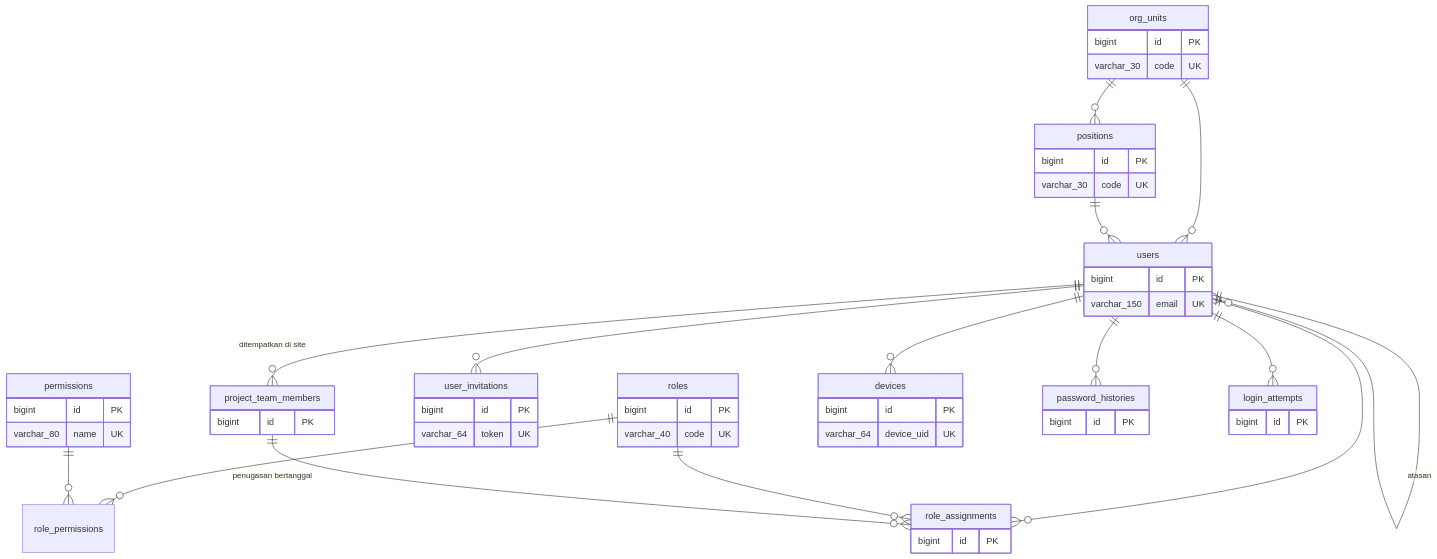
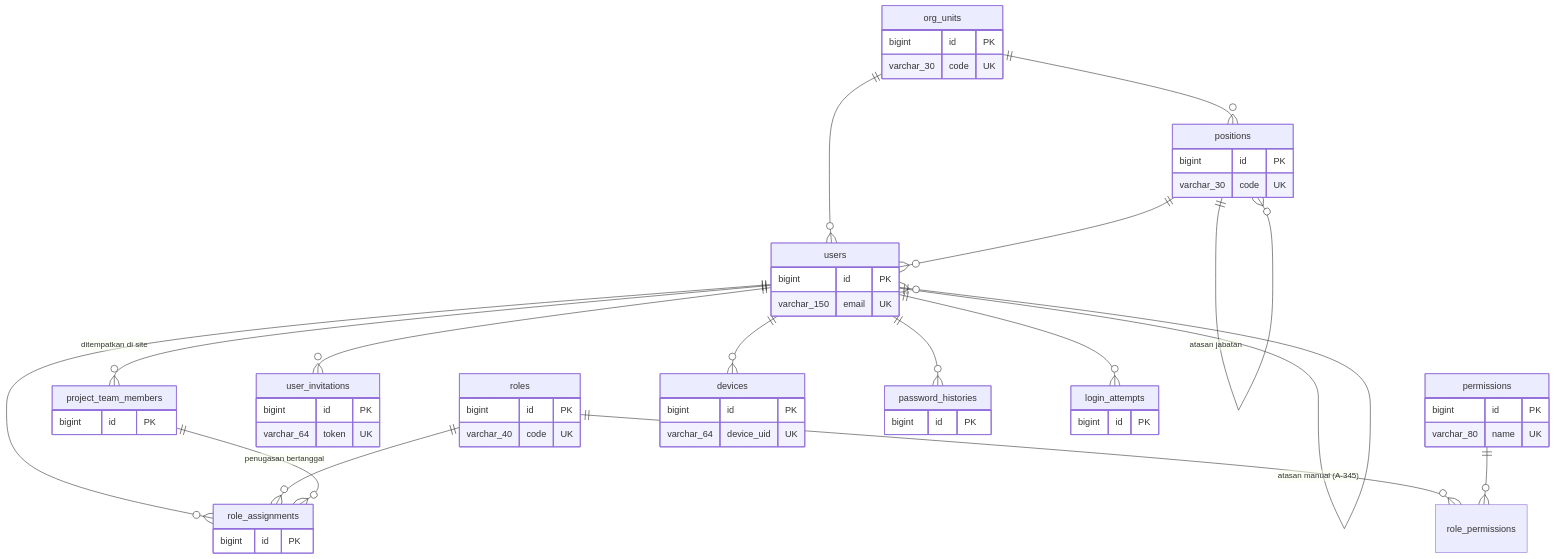
One commit to HengkyDarmawan/wms changed the second of 3 diagrams in docs/wms/08a-model-data-inti.md. Above: the diagram before and after it, drawn with Mermaid. The commit also changed other lines of this file and 77 other files, not shown here.

First line of the commit message:
Audit 3b6e5c3, atasan menurut jabatan, approval sederhana — A-344–A-351

````diff
--- a/docs/wms/08a-model-data-inti.md
+++ b/docs/wms/08a-model-data-inti.md
@@ -143,59 +143,60 @@
 ```mermaid
 erDiagram
   users {
     bigint id PK
     varchar_150 email UK
   }
   roles {
     bigint id PK
     varchar_40 code UK
   }
   permissions {
     bigint id PK
     varchar_80 name UK
   }
   role_permissions {
   }
   role_assignments {
     bigint id PK
   }
   org_units {
     bigint id PK
     varchar_30 code UK
   }
   positions {
     bigint id PK
     varchar_30 code UK
   }
   user_invitations {
     bigint id PK
     varchar_64 token UK
   }
   project_team_members {
     bigint id PK
   }
   devices {
     bigint id PK
     varchar_64 device_uid UK
   }
   password_histories {
     bigint id PK
   }
   login_attempts {
     bigint id PK
   }
   users ||--o{ role_assignments : " "
   roles ||--o{ role_assignments : " "
   roles ||--o{ role_permissions : " "
   permissions ||--o{ role_permissions : " "
   org_units ||--o{ positions : " "
   org_units ||--o{ users : " "
   positions ||--o{ users : " "
-  users ||--o{ users : "atasan"
+  positions ||--o{ positions : "atasan jabatan"
+  users ||--o{ users : "atasan manual (A-345)"
   users ||--o{ user_invitations : " "
   users ||--o{ devices : " "
   users ||--o{ password_histories : " "
   users ||--o{ login_attempts : " "
   users ||--o{ project_team_members : "ditempatkan di site"
   project_team_members ||--o{ role_assignments : "penugasan bertanggal"
 ```
````
